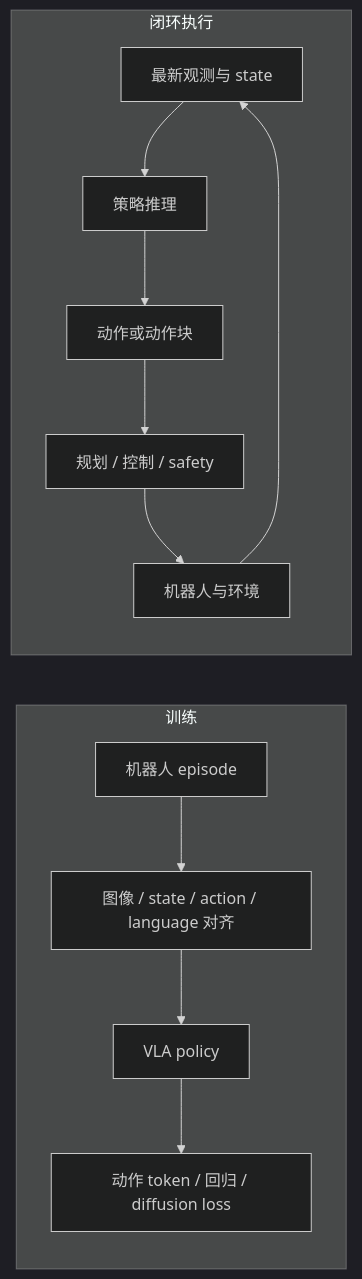
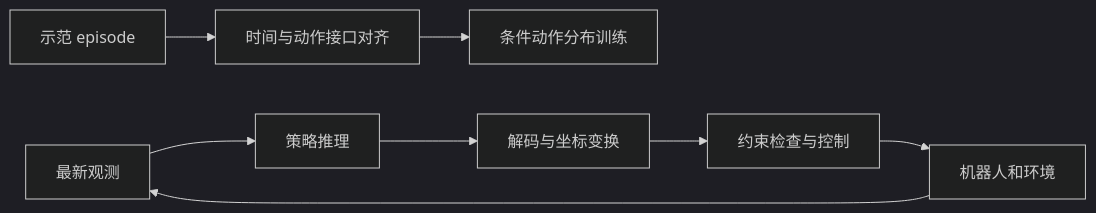
The diagram in files/vla/index.md (Charles2530/Charles-AI-notes), drawn with Mermaid (dark theme) before and after one commit. The commit also changed other lines of this file and 954 other files, not shown here.

````diff
--- a/files/vla/index.md
+++ b/files/vla/index.md
@@ -29,16 +19,11 @@
 ```mermaid
 %% vla-training-execution
 flowchart LR
-  subgraph Train[训练]
-    Episode[机器人 episode] --> Align[图像 / state / action / language 对齐]
-    Align --> Policy[VLA policy]
-    Policy --> Loss[动作 token / 回归 / diffusion loss]
-  end
-  subgraph Execute[闭环执行]
-    Obs[最新观测与 state] --> Run[策略推理]
-    Run --> Action[动作或动作块]
-    Action --> Safety[规划 / 控制 / safety]
-    Safety --> Robot[机器人与环境]
-    Robot --> Obs
-  end
+  Data[示范 episode] --> Align[时间与动作接口对齐]
+  Align --> Loss[条件动作分布训练]
+  Observe[最新观测] --> Policy[策略推理]
+  Policy --> Adapter[解码与坐标变换]
+  Adapter --> Control[约束检查与控制]
+  Control --> Environment[机器人和环境]
+  Environment --> Observe
 ```
````
